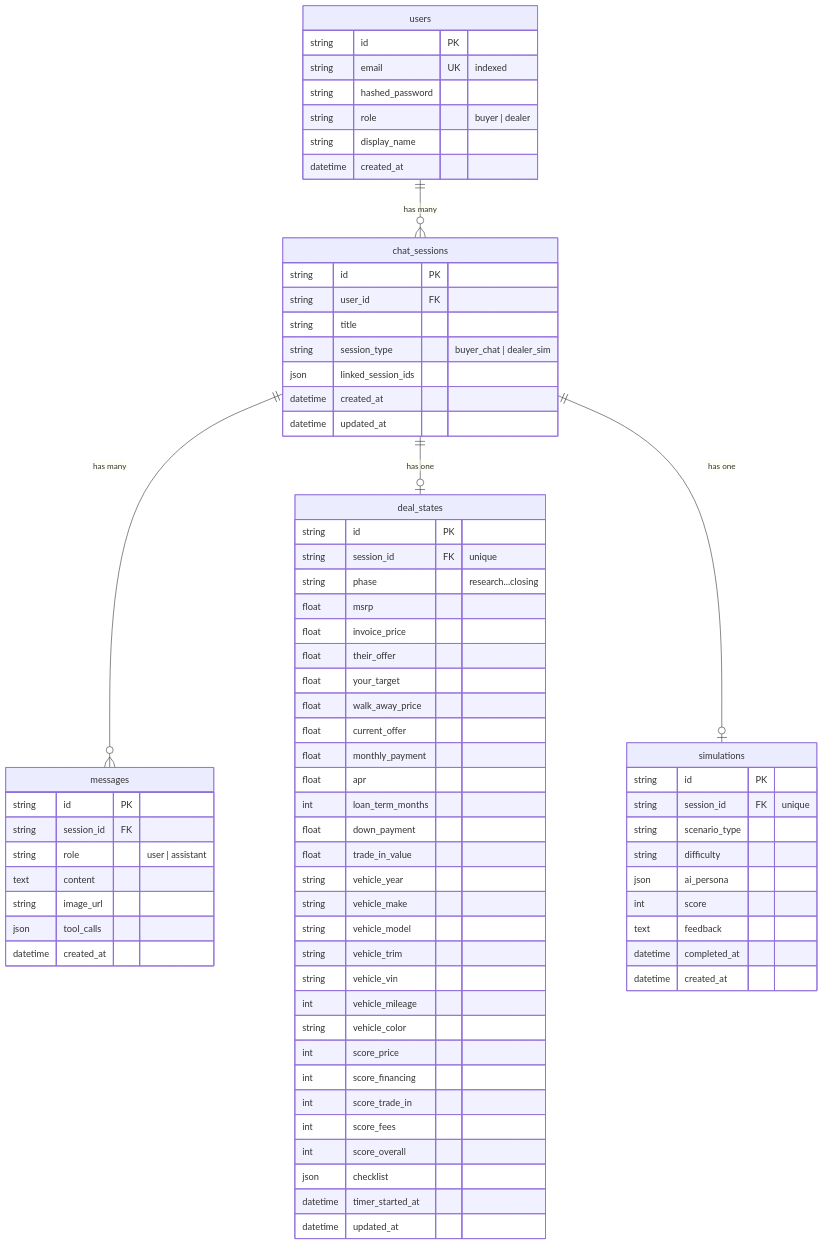
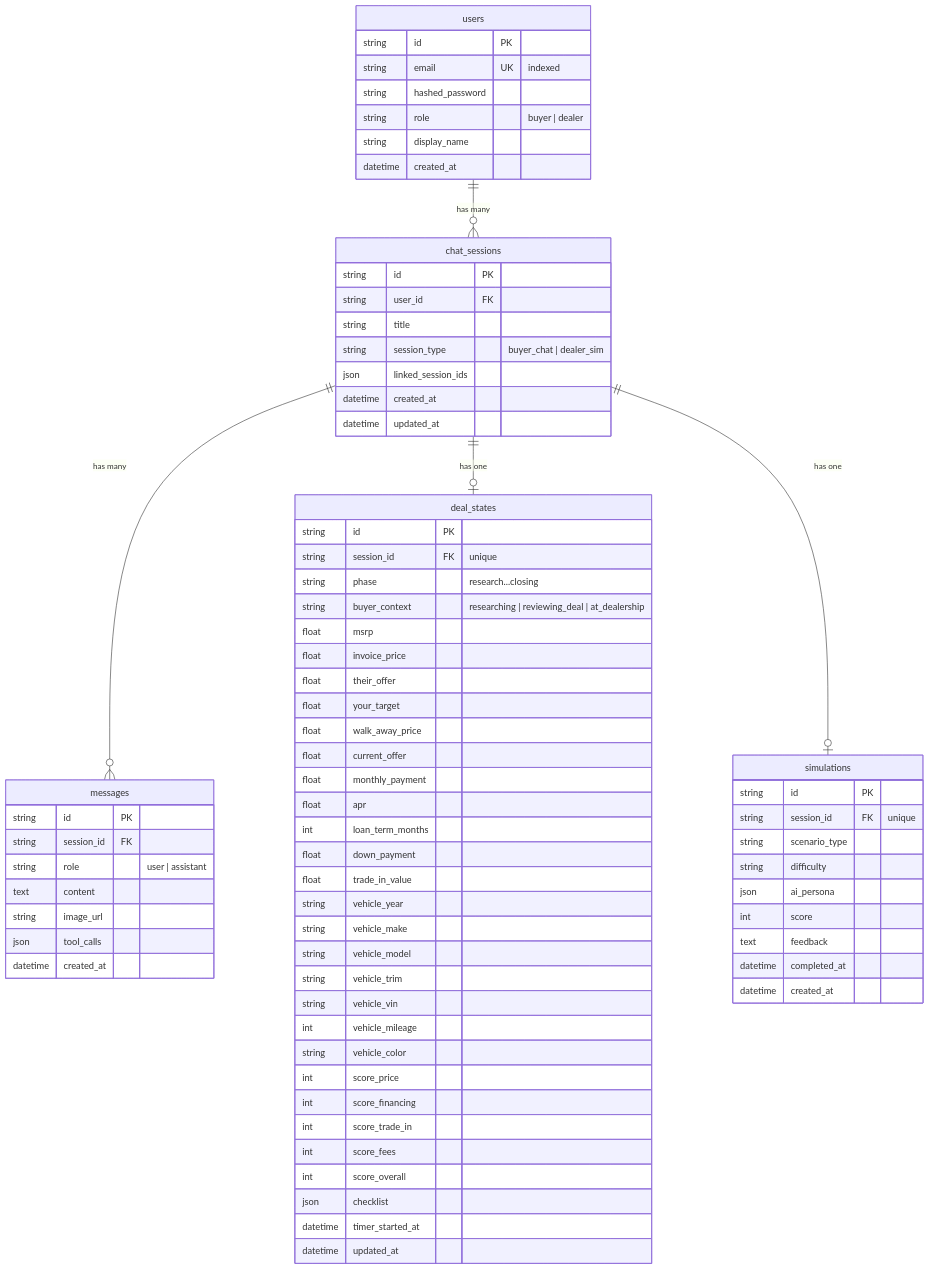
Before and after one commit to kramersmith/dealership-ai: the second of 2 diagrams in docs/TRD.md, drawn with Mermaid. The commit also changed other lines of this file and 33 other files, not shown here.

First line of the commit message:
feat: add buyer context phase picker with context-aware AI behavior

````diff
--- a/docs/TRD.md
+++ b/docs/TRD.md
@@ -283,80 +284,81 @@
 ```mermaid
 erDiagram
     users ||--o{ chat_sessions : "has many"
     chat_sessions ||--o{ messages : "has many"
     chat_sessions ||--o| deal_states : "has one"
     chat_sessions ||--o| simulations : "has one"
 
     users {
         string id PK
         string email UK "indexed"
         string hashed_password
         string role "buyer | dealer"
         string display_name
         datetime created_at
     }
 
     chat_sessions {
         string id PK
         string user_id FK
         string title
         string session_type "buyer_chat | dealer_sim"
         json linked_session_ids
         datetime created_at
         datetime updated_at
     }
 
     messages {
         string id PK
         string session_id FK
         string role "user | assistant"
         text content
         string image_url
         json tool_calls
         datetime created_at
     }
 
     deal_states {
         string id PK
         string session_id FK "unique"
         string phase "research...closing"
+        string buyer_context "researching | reviewing_deal | at_dealership"
         float msrp
         float invoice_price
         float their_offer
         float your_target
         float walk_away_price
         float current_offer
         float monthly_payment
         float apr
         int loan_term_months
         float down_payment
         float trade_in_value
         string vehicle_year
         string vehicle_make
         string vehicle_model
         string vehicle_trim
         string vehicle_vin
         int vehicle_mileage
         string vehicle_color
         int score_price
         int score_financing
         int score_trade_in
         int score_fees
         int score_overall
         json checklist
         datetime timer_started_at
         datetime updated_at
     }
 
     simulations {
         string id PK
         string session_id FK "unique"
         string scenario_type
         string difficulty
         json ai_persona
         int score
         text feedback
         datetime completed_at
         datetime created_at
     }
 ```
````
